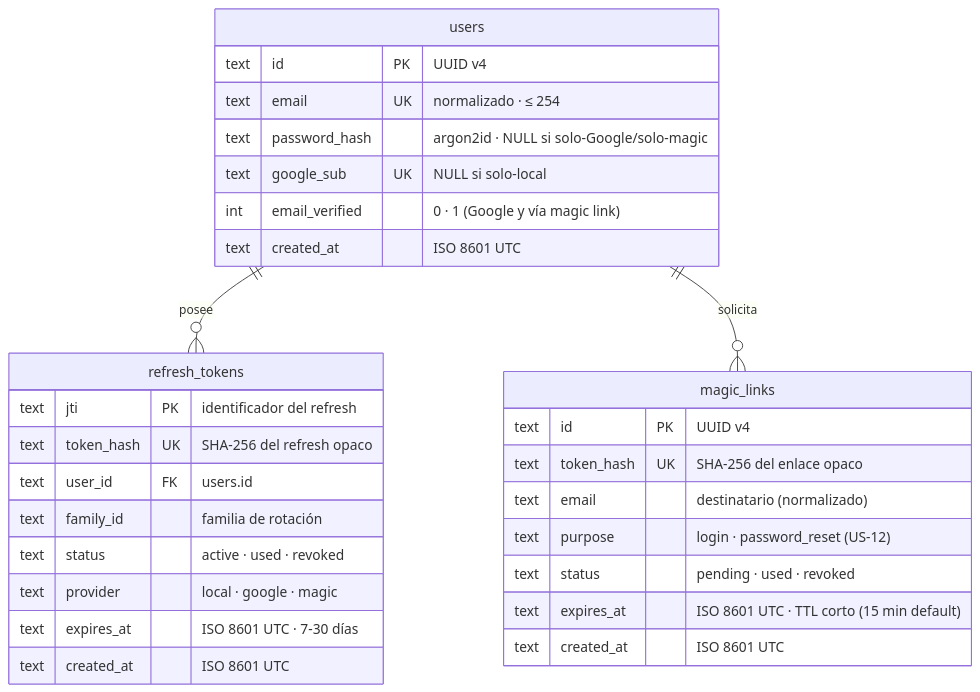
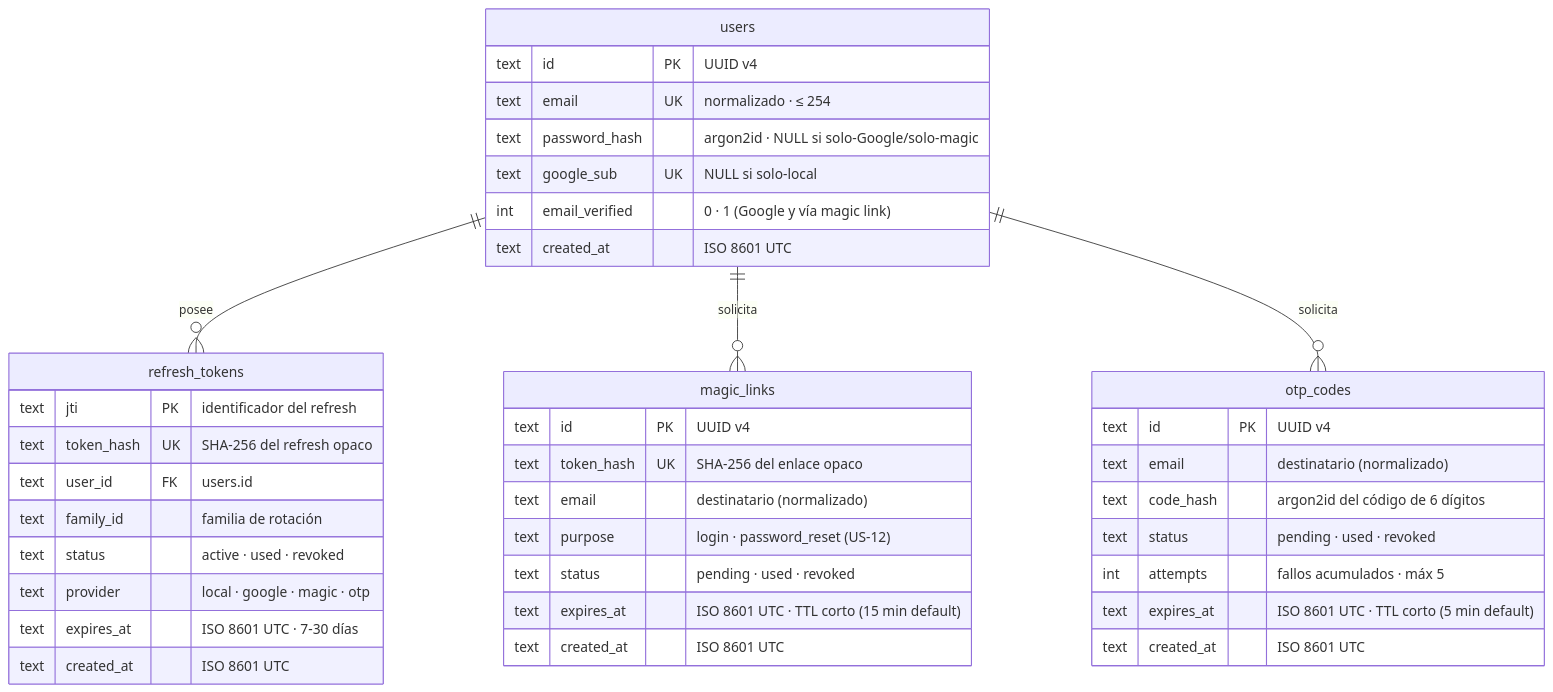
The diagram in docs/04-modelo-de-datos.md (dpa70-dev/auth-api), drawn with Mermaid before and after one commit. The commit also changed other lines of this file and 6 other files, not shown here.

````diff
--- a/docs/04-modelo-de-datos.md
+++ b/docs/04-modelo-de-datos.md
@@ -11,35 +11,46 @@
 ```mermaid
 erDiagram
     users ||--o{ refresh_tokens : "posee"
     users ||--o{ magic_links : "solicita"
+    users ||--o{ otp_codes : "solicita"
 
     users {
         text id PK "UUID v4"
         text email UK "normalizado · ≤ 254"
         text password_hash "argon2id · NULL si solo-Google/solo-magic"
         text google_sub UK "NULL si solo-local"
         int email_verified "0 · 1 (Google y vía magic link)"
         text created_at "ISO 8601 UTC"
     }
 
     refresh_tokens {
         text jti PK "identificador del refresh"
         text token_hash UK "SHA-256 del refresh opaco"
         text user_id FK "users.id"
         text family_id "familia de rotación"
         text status "active · used · revoked"
-        text provider "local · google · magic"
+        text provider "local · google · magic · otp"
         text expires_at "ISO 8601 UTC · 7-30 días"
         text created_at "ISO 8601 UTC"
     }
 
     magic_links {
         text id PK "UUID v4"
         text token_hash UK "SHA-256 del enlace opaco"
         text email "destinatario (normalizado)"
         text purpose "login · password_reset (US-12)"
         text status "pending · used · revoked"
         text expires_at "ISO 8601 UTC · TTL corto (15 min default)"
         text created_at "ISO 8601 UTC"
     }
+
+    otp_codes {
+        text id PK "UUID v4"
+        text email "destinatario (normalizado)"
+        text code_hash "argon2id del código de 6 dígitos"
+        text status "pending · used · revoked"
+        int attempts "fallos acumulados · máx 5"
+        text expires_at "ISO 8601 UTC · TTL corto (5 min default)"
+        text created_at "ISO 8601 UTC"
+    }
 ```
````
